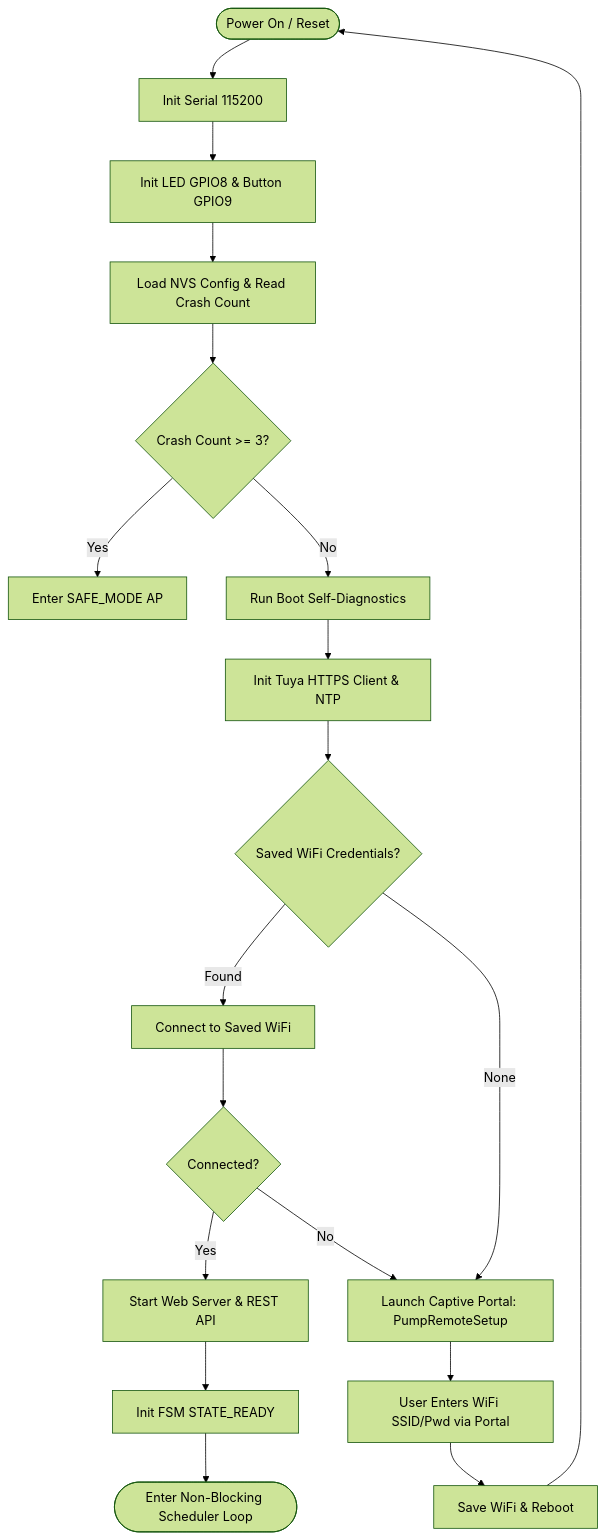
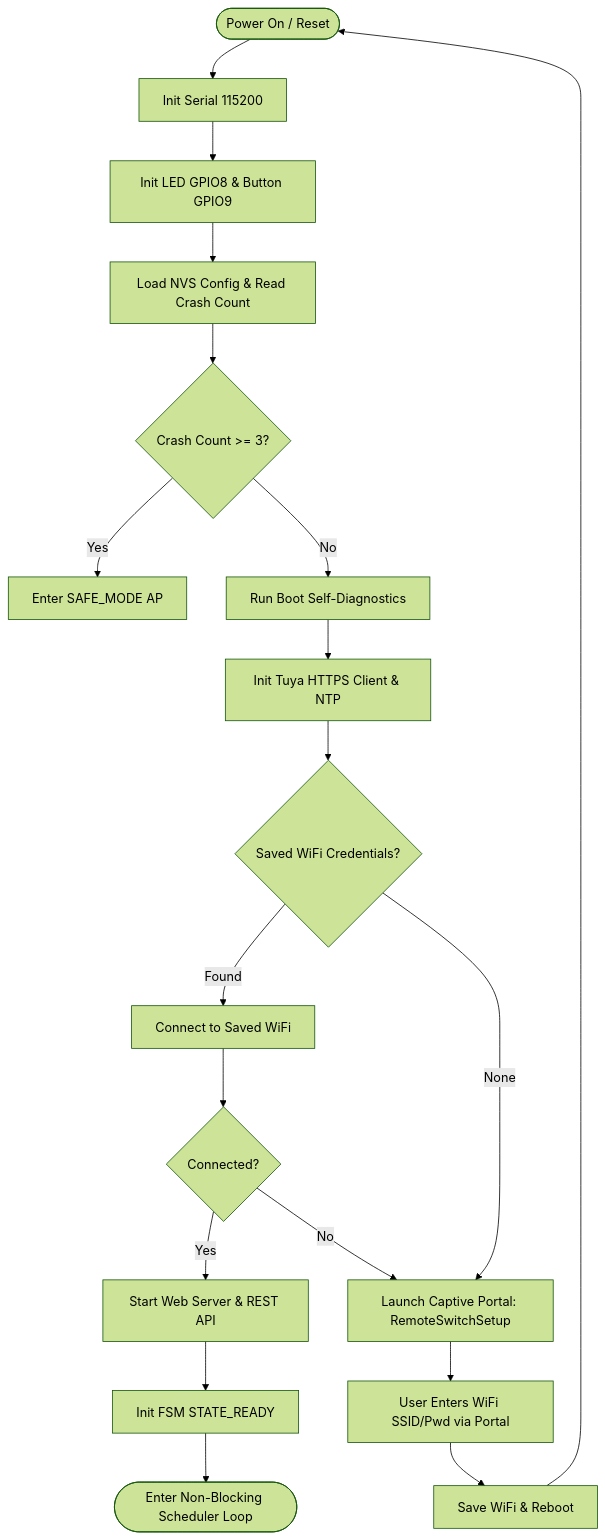
The first of 3 diagrams in Flowchart.md (myprabowo/smartswitch), drawn with Mermaid (forest theme) before and after one commit. The commit also changed 25 other files, not shown here.

Commit message:
refactor: rename pump references to remote switch and fix button gesture double update bug

````diff
--- a/Flowchart.md
+++ b/Flowchart.md
@@ -9,26 +9,26 @@
 ```mermaid
 flowchart TD
     Start([Power On / Reset]) --> InitSerial[Init Serial 115200]
     InitSerial --> InitHW[Init LED GPIO8 & Button GPIO9]
     InitHW --> LoadNVS[Load NVS Config & Read Crash Count]
     LoadNVS --> CheckCrash{Crash Count >= 3?}
     
     CheckCrash -- Yes --> EnterSafeMode[Enter SAFE_MODE AP]
     CheckCrash -- No --> RunDiag[Run Boot Self-Diagnostics]
     
     RunDiag --> InitTuya[Init Tuya HTTPS Client & NTP]
     InitTuya --> ConnectWiFi{Saved WiFi Credentials?}
     
     ConnectWiFi -- Found --> TryConnect[Connect to Saved WiFi]
-    ConnectWiFi -- None --> LaunchAP[Launch Captive Portal: PumpRemoteSetup]
+    ConnectWiFi -- None --> LaunchAP[Launch Captive Portal: RemoteSwitchSetup]
     
     TryConnect --> WiFiSuccess{Connected?}
     WiFiSuccess -- Yes --> StartWeb[Start Web Server & REST API]
     WiFiSuccess -- No --> LaunchAP
     
     LaunchAP --> UserConfig[User Enters WiFi SSID/Pwd via Portal]
     UserConfig --> SaveWiFi[Save WiFi & Reboot] --> Start
     
     StartWeb --> InitFSM[Init FSM STATE_READY]
     InitFSM --> Loop([Enter Non-Blocking Scheduler Loop])
 ```
````
